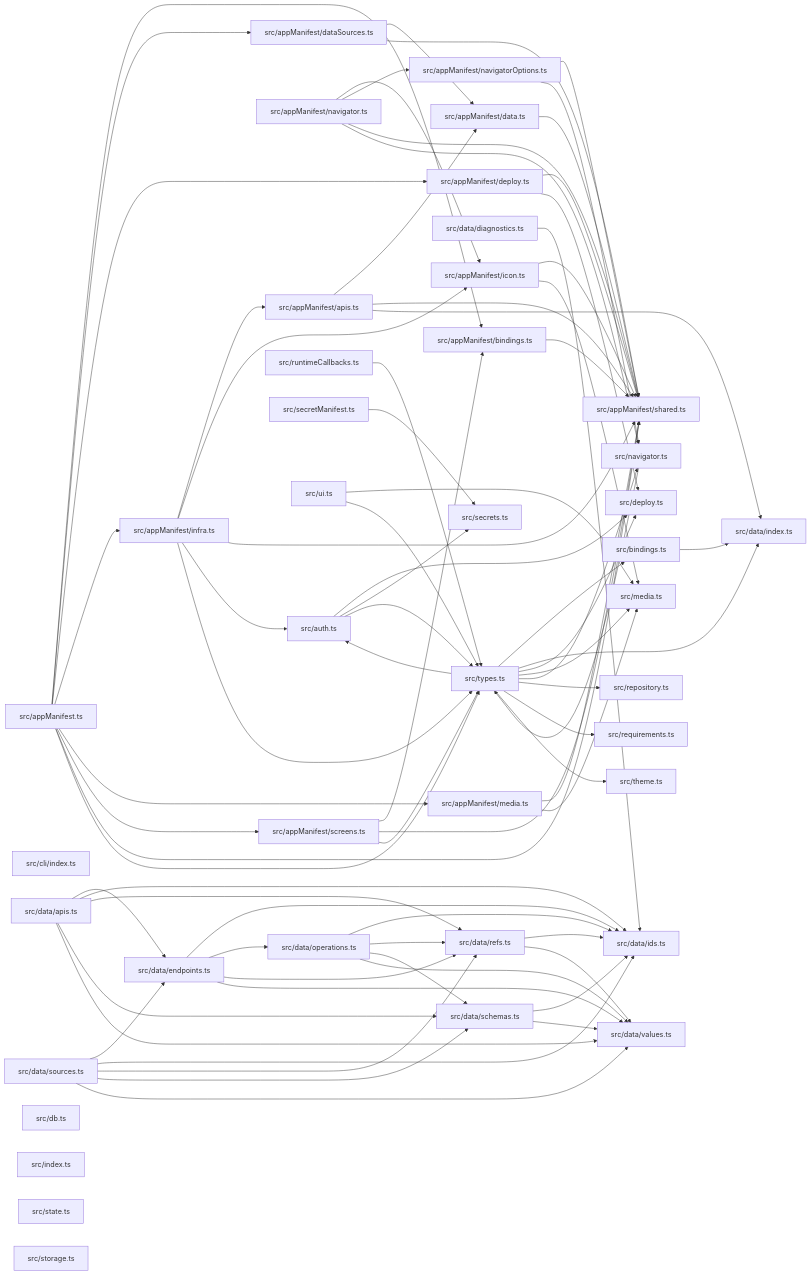
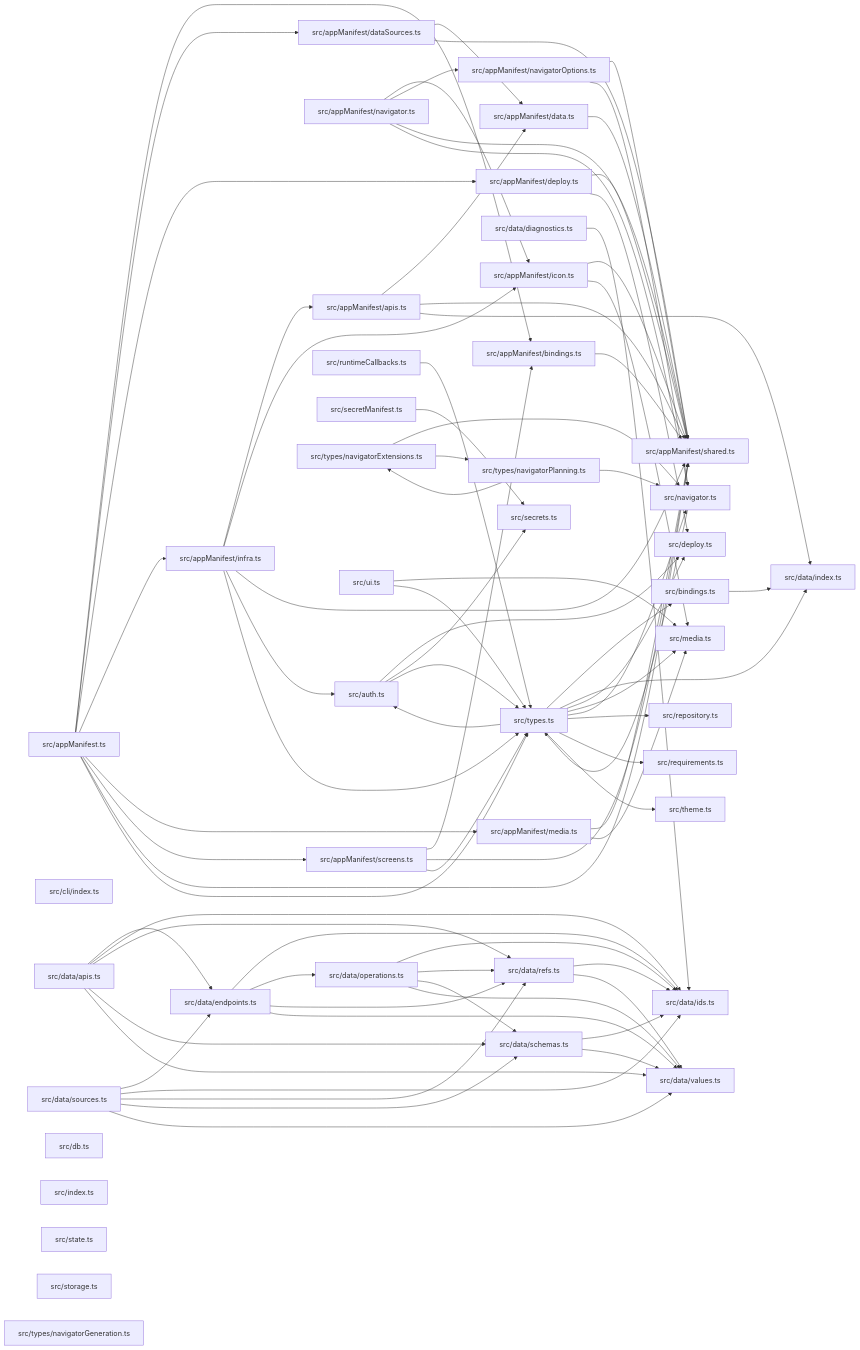
One commit to ankhorage/contracts changed the diagram in paradox/diagrams/module-relationships.mmd. Above: the diagram before and after it, drawn with Mermaid. The commit also changed 14 other files, not shown here.

Commit message:
feat: own shared navigator planning and generation contracts

```diff
--- a/paradox/diagrams/module-relationships.mmd
+++ b/paradox/diagrams/module-relationships.mmd
@@ -1,118 +1,125 @@
 graph LR
   module_src_appManifest_ts["src/appManifest.ts"]
   module_src_appManifest_apis_ts["src/appManifest/apis.ts"]
   module_src_appManifest_bindings_ts["src/appManifest/bindings.ts"]
   module_src_appManifest_data_ts["src/appManifest/data.ts"]
   module_src_appManifest_dataSources_ts["src/appManifest/dataSources.ts"]
   module_src_appManifest_deploy_ts["src/appManifest/deploy.ts"]
   module_src_appManifest_icon_ts["src/appManifest/icon.ts"]
   module_src_appManifest_infra_ts["src/appManifest/infra.ts"]
   module_src_appManifest_media_ts["src/appManifest/media.ts"]
   module_src_appManifest_navigator_ts["src/appManifest/navigator.ts"]
   module_src_appManifest_navigatorOptions_ts["src/appManifest/navigatorOptions.ts"]
   module_src_appManifest_screens_ts["src/appManifest/screens.ts"]
   module_src_appManifest_shared_ts["src/appManifest/shared.ts"]
   module_src_auth_ts["src/auth.ts"]
   module_src_bindings_ts["src/bindings.ts"]
   module_src_cli_index_ts["src/cli/index.ts"]
   module_src_data_apis_ts["src/data/apis.ts"]
   module_src_data_diagnostics_ts["src/data/diagnostics.ts"]
   module_src_data_endpoints_ts["src/data/endpoints.ts"]
   module_src_data_ids_ts["src/data/ids.ts"]
   module_src_data_index_ts["src/data/index.ts"]
   module_src_data_operations_ts["src/data/operations.ts"]
   module_src_data_refs_ts["src/data/refs.ts"]
   module_src_data_schemas_ts["src/data/schemas.ts"]
   module_src_data_sources_ts["src/data/sources.ts"]
   module_src_data_values_ts["src/data/values.ts"]
   module_src_db_ts["src/db.ts"]
   module_src_deploy_ts["src/deploy.ts"]
   module_src_index_ts["src/index.ts"]
   module_src_media_ts["src/media.ts"]
   module_src_navigator_ts["src/navigator.ts"]
   module_src_repository_ts["src/repository.ts"]
   module_src_requirements_ts["src/requirements.ts"]
   module_src_runtimeCallbacks_ts["src/runtimeCallbacks.ts"]
   module_src_secretManifest_ts["src/secretManifest.ts"]
   module_src_secrets_ts["src/secrets.ts"]
   module_src_state_ts["src/state.ts"]
   module_src_storage_ts["src/storage.ts"]
   module_src_theme_ts["src/theme.ts"]
   module_src_types_ts["src/types.ts"]
+  module_src_types_navigatorExtensions_ts["src/types/navigatorExtensions.ts"]
+  module_src_types_navigatorGeneration_ts["src/types/navigatorGeneration.ts"]
+  module_src_types_navigatorPlanning_ts["src/types/navigatorPlanning.ts"]
   module_src_ui_ts["src/ui.ts"]
   module_src_appManifest_ts --> module_src_appManifest_bindings_ts
   module_src_appManifest_ts --> module_src_appManifest_dataSources_ts
   module_src_appManifest_ts --> module_src_appManifest_deploy_ts
   module_src_appManifest_ts --> module_src_appManifest_infra_ts
   module_src_appManifest_ts --> module_src_appManifest_media_ts
   module_src_appManifest_ts --> module_src_appManifest_screens_ts
   module_src_appManifest_ts --> module_src_appManifest_shared_ts
   module_src_appManifest_ts --> module_src_types_ts
   module_src_appManifest_apis_ts --> module_src_appManifest_data_ts
   module_src_appManifest_apis_ts --> module_src_appManifest_shared_ts
   module_src_appManifest_apis_ts --> module_src_data_index_ts
   module_src_appManifest_bindings_ts --> module_src_appManifest_shared_ts
   module_src_appManifest_data_ts --> module_src_appManifest_shared_ts
   module_src_appManifest_dataSources_ts --> module_src_appManifest_data_ts
   module_src_appManifest_dataSources_ts --> module_src_appManifest_shared_ts
   module_src_appManifest_deploy_ts --> module_src_appManifest_shared_ts
   module_src_appManifest_deploy_ts --> module_src_deploy_ts
   module_src_appManifest_icon_ts --> module_src_appManifest_shared_ts
   module_src_appManifest_icon_ts --> module_src_media_ts
   module_src_appManifest_infra_ts --> module_src_appManifest_apis_ts
   module_src_appManifest_infra_ts --> module_src_appManifest_icon_ts
   module_src_appManifest_infra_ts --> module_src_appManifest_shared_ts
   module_src_appManifest_infra_ts --> module_src_auth_ts
   module_src_appManifest_infra_ts --> module_src_types_ts
   module_src_appManifest_media_ts --> module_src_appManifest_shared_ts
   module_src_appManifest_media_ts --> module_src_media_ts
   module_src_appManifest_navigator_ts --> module_src_appManifest_icon_ts
   module_src_appManifest_navigator_ts --> module_src_appManifest_navigatorOptions_ts
   module_src_appManifest_navigator_ts --> module_src_appManifest_shared_ts
   module_src_appManifest_navigator_ts --> module_src_navigator_ts
   module_src_appManifest_navigatorOptions_ts --> module_src_appManifest_shared_ts
   module_src_appManifest_navigatorOptions_ts --> module_src_navigator_ts
   module_src_appManifest_screens_ts --> module_src_appManifest_bindings_ts
   module_src_appManifest_screens_ts --> module_src_appManifest_shared_ts
   module_src_appManifest_screens_ts --> module_src_types_ts
   module_src_auth_ts --> module_src_deploy_ts
   module_src_auth_ts --> module_src_secrets_ts
   module_src_auth_ts --> module_src_types_ts
   module_src_bindings_ts --> module_src_data_index_ts
   module_src_data_apis_ts --> module_src_data_endpoints_ts
   module_src_data_apis_ts --> module_src_data_ids_ts
   module_src_data_apis_ts --> module_src_data_refs_ts
   module_src_data_apis_ts --> module_src_data_schemas_ts
   module_src_data_apis_ts --> module_src_data_values_ts
   module_src_data_diagnostics_ts --> module_src_data_ids_ts
   module_src_data_endpoints_ts --> module_src_data_ids_ts
   module_src_data_endpoints_ts --> module_src_data_operations_ts
   module_src_data_endpoints_ts --> module_src_data_refs_ts
   module_src_data_endpoints_ts --> module_src_data_values_ts
   module_src_data_operations_ts --> module_src_data_ids_ts
   module_src_data_operations_ts --> module_src_data_refs_ts
   module_src_data_operations_ts --> module_src_data_schemas_ts
   module_src_data_operations_ts --> module_src_data_values_ts
   module_src_data_refs_ts --> module_src_data_ids_ts
   module_src_data_refs_ts --> module_src_data_values_ts
   module_src_data_schemas_ts --> module_src_data_ids_ts
   module_src_data_schemas_ts --> module_src_data_values_ts
   module_src_data_sources_ts --> module_src_data_endpoints_ts
   module_src_data_sources_ts --> module_src_data_ids_ts
   module_src_data_sources_ts --> module_src_data_refs_ts
   module_src_data_sources_ts --> module_src_data_schemas_ts
   module_src_data_sources_ts --> module_src_data_values_ts
   module_src_navigator_ts --> module_src_types_ts
   module_src_runtimeCallbacks_ts --> module_src_types_ts
   module_src_secretManifest_ts --> module_src_secrets_ts
   module_src_types_ts --> module_src_auth_ts
   module_src_types_ts --> module_src_bindings_ts
   module_src_types_ts --> module_src_data_index_ts
   module_src_types_ts --> module_src_deploy_ts
   module_src_types_ts --> module_src_media_ts
   module_src_types_ts --> module_src_navigator_ts
   module_src_types_ts --> module_src_repository_ts
   module_src_types_ts --> module_src_requirements_ts
   module_src_types_ts --> module_src_theme_ts
+  module_src_types_navigatorExtensions_ts --> module_src_navigator_ts
+  module_src_types_navigatorExtensions_ts --> module_src_types_navigatorPlanning_ts
+  module_src_types_navigatorPlanning_ts --> module_src_navigator_ts
+  module_src_types_navigatorPlanning_ts --> module_src_types_navigatorExtensions_ts
   module_src_ui_ts --> module_src_media_ts
   module_src_ui_ts --> module_src_types_ts
```
